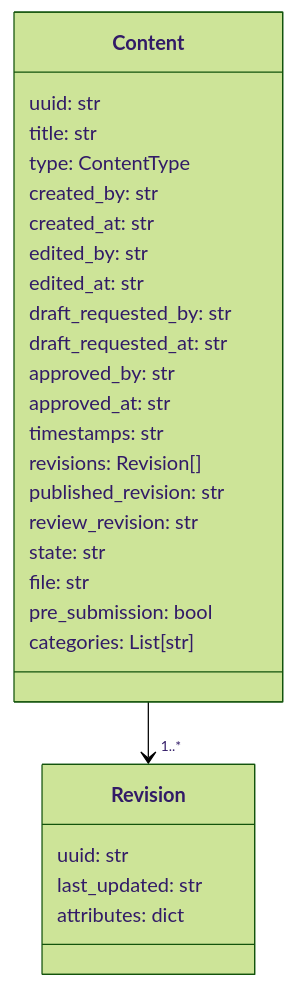
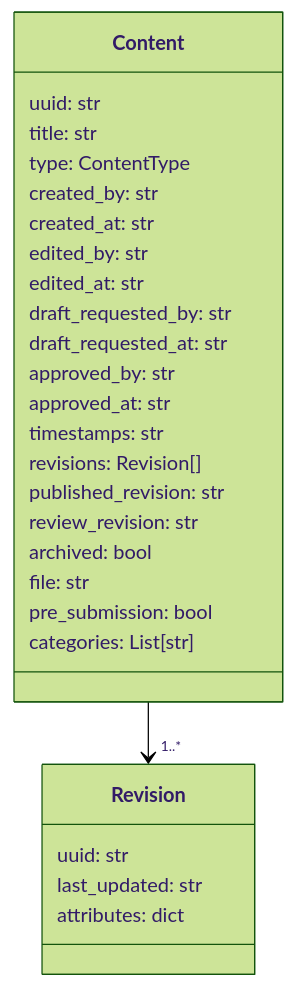
Before and after one commit to tng-coop/CmsWorkflow: the diagram in docs/DataStructure.md, drawn with Mermaid (forest theme). The commit also changed other lines of this file and 7 other files, not shown here.

````diff
--- a/docs/DataStructure.md
+++ b/docs/DataStructure.md
@@ -9,30 +9,30 @@
 ```mermaid
 classDiagram
     class Content {
         uuid: str
         title: str
         type: ContentType
         created_by: str
         created_at: str
         edited_by: str
         edited_at: str
         draft_requested_by: str
         draft_requested_at: str
         approved_by: str
         approved_at: str
         timestamps: str
         revisions: Revision[]
         published_revision: str
         review_revision: str
-        state: str
+        archived: bool
         file: str
         pre_submission: bool
         categories: List[str]
     }
     class Revision {
         uuid: str
         last_updated: str
         attributes: dict
     }
     Content --> "1..*" Revision
 ```
````
